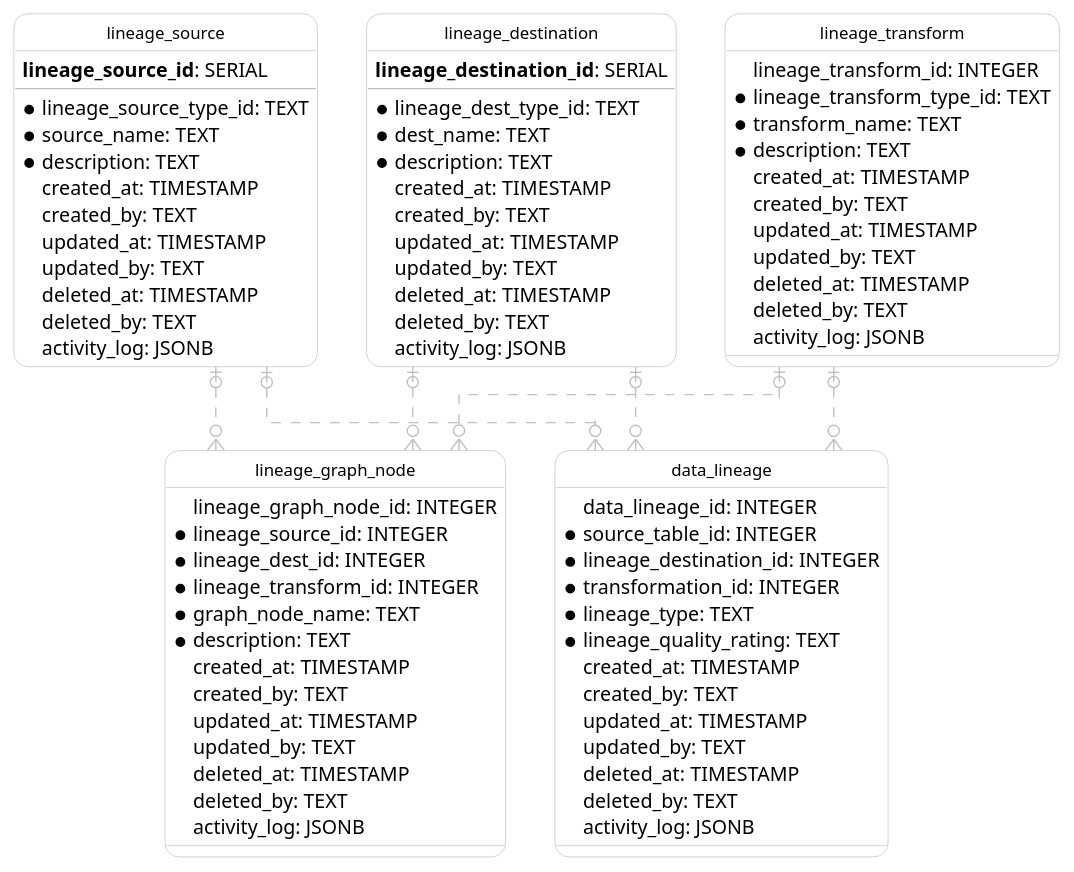
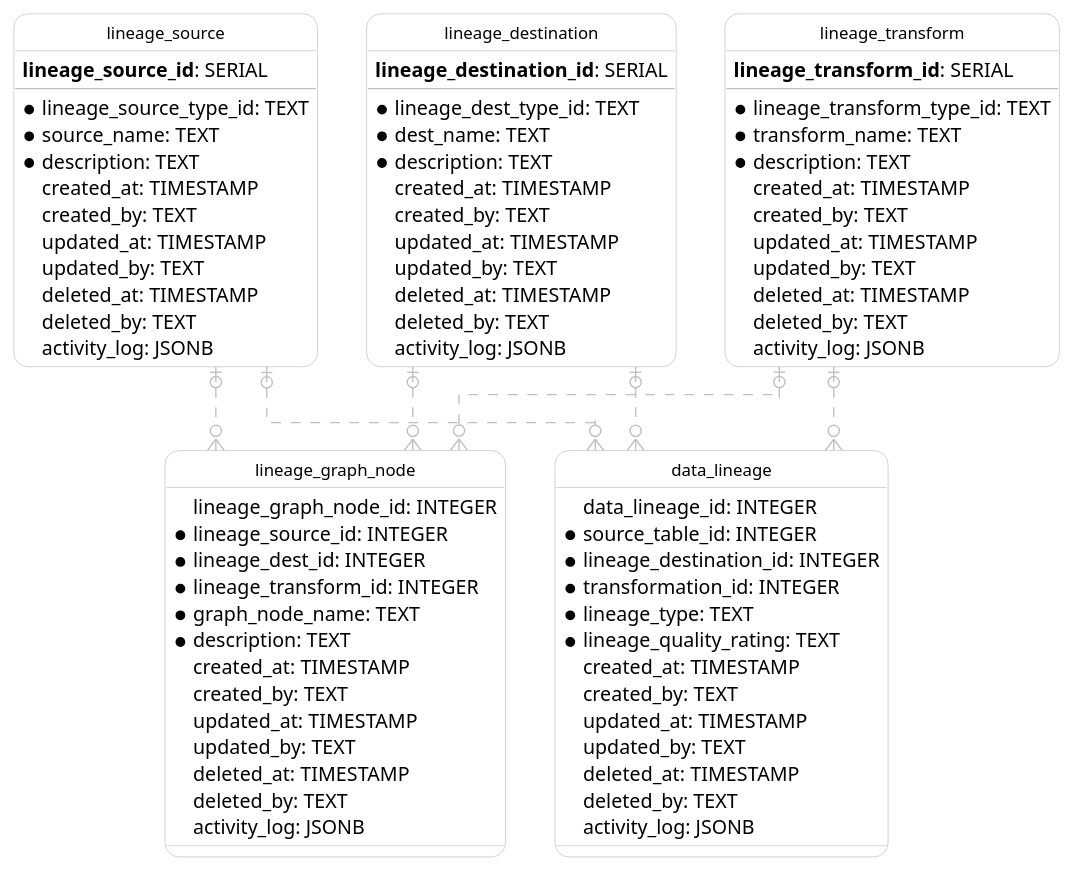
One commit to netspective-labs/sql-aide changed the diagram in pattern/quality-system/models_test.fixture.puml. Above: the diagram before and after it, drawn with PlantUML. The commit also changed 6 other files, not shown here.

```diff
--- a/pattern/quality-system/models_test.fixture.puml
+++ b/pattern/quality-system/models_test.fixture.puml
@@ -1,95 +1,96 @@
 @startuml IE
   hide circle
   skinparam linetype ortho
   skinparam roundcorner 20
   skinparam class {
     BackgroundColor White
     ArrowColor Silver
     BorderColor Silver
     FontColor Black
     FontSize 12
   }
 
   entity "lineage_source" as lineage_source {
       **lineage_source_id**: SERIAL
     --
     * lineage_source_type_id: TEXT
     * source_name: TEXT
     * description: TEXT
       created_at: TIMESTAMP
       created_by: TEXT
       updated_at: TIMESTAMP
       updated_by: TEXT
       deleted_at: TIMESTAMP
       deleted_by: TEXT
       activity_log: JSONB
   }
 
   entity "lineage_destination" as lineage_destination {
       **lineage_destination_id**: SERIAL
     --
     * lineage_dest_type_id: TEXT
     * dest_name: TEXT
     * description: TEXT
       created_at: TIMESTAMP
       created_by: TEXT
       updated_at: TIMESTAMP
       updated_by: TEXT
       deleted_at: TIMESTAMP
       deleted_by: TEXT
       activity_log: JSONB
   }
 
   entity "lineage_transform" as lineage_transform {
-      lineage_transform_id: INTEGER
+      **lineage_transform_id**: SERIAL
+    --
     * lineage_transform_type_id: TEXT
     * transform_name: TEXT
     * description: TEXT
       created_at: TIMESTAMP
       created_by: TEXT
       updated_at: TIMESTAMP
       updated_by: TEXT
       deleted_at: TIMESTAMP
       deleted_by: TEXT
       activity_log: JSONB
   }
 
   entity "lineage_graph_node" as lineage_graph_node {
       lineage_graph_node_id: INTEGER
     * lineage_source_id: INTEGER
     * lineage_dest_id: INTEGER
     * lineage_transform_id: INTEGER
     * graph_node_name: TEXT
     * description: TEXT
       created_at: TIMESTAMP
       created_by: TEXT
       updated_at: TIMESTAMP
       updated_by: TEXT
       deleted_at: TIMESTAMP
       deleted_by: TEXT
       activity_log: JSONB
   }
 
   entity "data_lineage" as data_lineage {
       data_lineage_id: INTEGER
     * source_table_id: INTEGER
     * lineage_destination_id: INTEGER
     * transformation_id: INTEGER
     * lineage_type: TEXT
     * lineage_quality_rating: TEXT
       created_at: TIMESTAMP
       created_by: TEXT
       updated_at: TIMESTAMP
       updated_by: TEXT
       deleted_at: TIMESTAMP
       deleted_by: TEXT
       activity_log: JSONB
   }
 
   lineage_source |o..o{ lineage_graph_node
   lineage_destination |o..o{ lineage_graph_node
   lineage_transform |o..o{ lineage_graph_node
   lineage_source |o..o{ data_lineage
   lineage_destination |o..o{ data_lineage
   lineage_transform |o..o{ data_lineage
 @enduml
```
